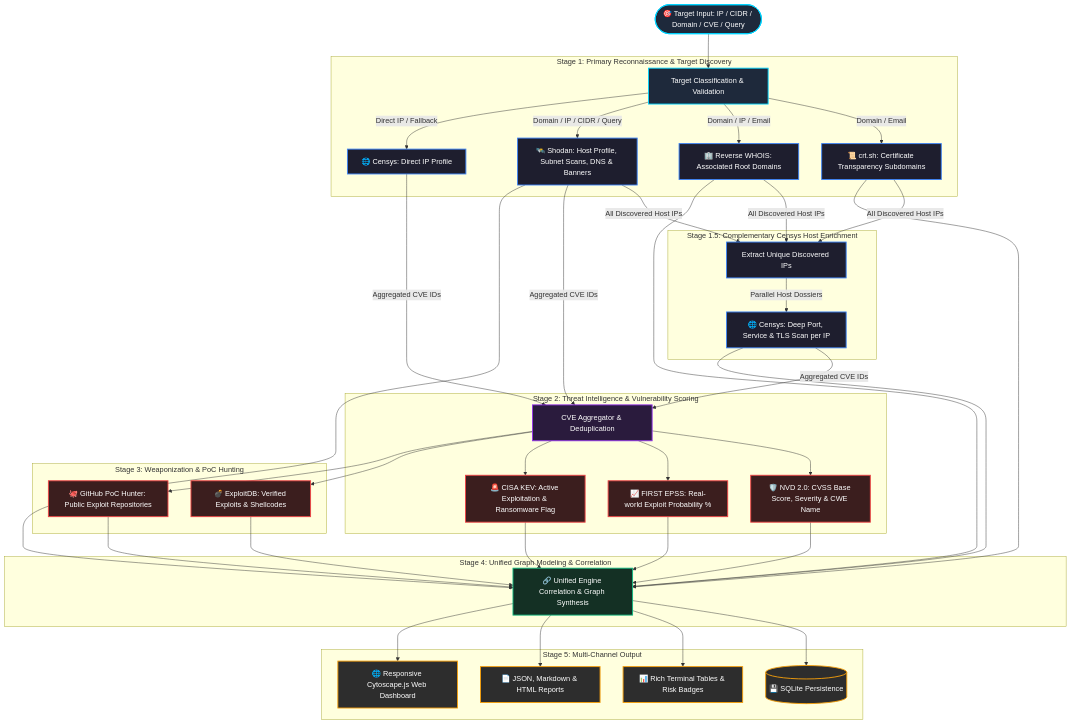
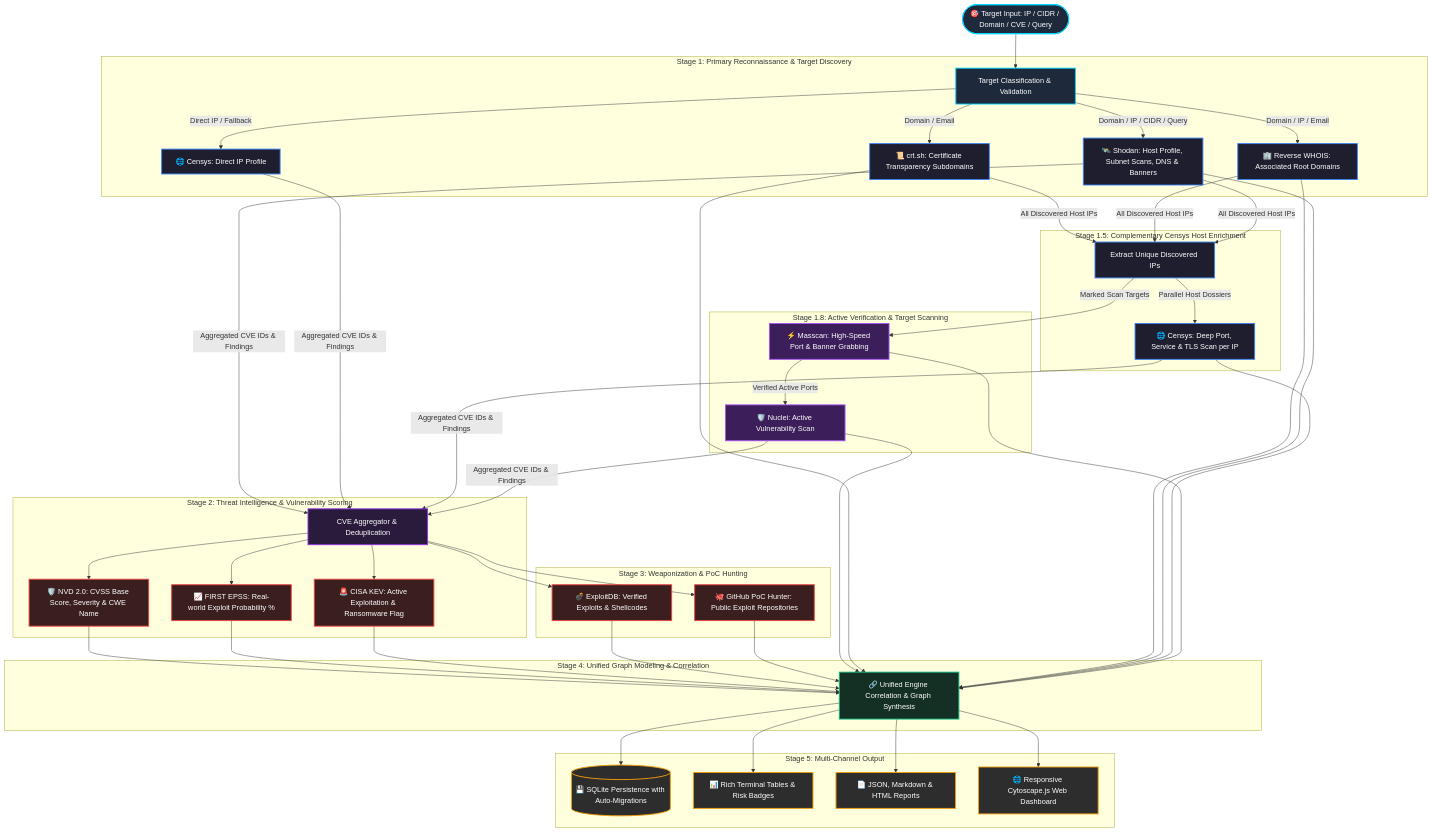
The diagram in README.md (detectisec/DetecTI-CLI), drawn with Mermaid before and after one commit. The commit also changed other lines of this file and 11 other files, not shown here.

Commit message:
feat(easm): add nuclei vulnerability scanner, verified active port enforcement, masscan pre-scan, and source traceability

````diff
--- a/README.md
+++ b/README.md
@@ -38,47 +41,53 @@
 ```mermaid
 flowchart TD
     classDef input fill:#1e293b,stroke:#00d4ff,stroke-width:2px,color:#fff
     classDef recon fill:#1e1e2e,stroke:#3b82f6,stroke-width:2px,color:#fff
     classDef enrich fill:#2a1b3d,stroke:#9333ea,stroke-width:2px,color:#fff
+    classDef active fill:#3b1e5a,stroke:#a855f7,stroke-width:2px,color:#fff
     classDef intel fill:#3b1e1e,stroke:#ef4444,stroke-width:2px,color:#fff
     classDef correlate fill:#143024,stroke:#10b981,stroke-width:2px,color:#fff
     classDef output fill:#2d2d2d,stroke:#f59e0b,stroke-width:2px,color:#fff
 
     TARGET([🎯 Target Input: IP / CIDR / Domain / CVE / Query]):::input --> CLASSIFY[Target Classification & Validation]:::input
 
     subgraph Stage1 [Stage 1: Primary Reconnaissance & Target Discovery]
         CLASSIFY -->|Domain / Email| CRTSH[📜 crt.sh: Certificate Transparency Subdomains]:::recon
         CLASSIFY -->|Domain / IP / Email| WHOIS[🏢 Reverse WHOIS: Associated Root Domains]:::recon
         CLASSIFY -->|Domain / IP / CIDR / Query| SHODAN[🛰️ Shodan: Host Profile, Subnet Scans, DNS & Banners]:::recon
         CLASSIFY -->|Direct IP / Fallback| CENSYS_DIRECT[🌐 Censys: Direct IP Profile]:::recon
     end
 
     subgraph Stage1_5 [Stage 1.5: Complementary Censys Host Enrichment]
         CRTSH & WHOIS & SHODAN -->|All Discovered Host IPs| IP_EXTRACT[Extract Unique Discovered IPs]:::recon
         IP_EXTRACT -->|Parallel Host Dossiers| CENSYS_ENRICH[🌐 Censys: Deep Port, Service & TLS Scan per IP]:::recon
     end
 
+    subgraph Stage1_8 [Stage 1.8: Active Verification & Target Scanning]
+        IP_EXTRACT -->|Marked Scan Targets| MASSCAN[⚡ Masscan: High-Speed Port & Banner Grabbing]:::active
+        MASSCAN -->|Verified Active Ports| NUCLEI[🛡️ Nuclei: Active Vulnerability Scan]:::active
+    end
+
     subgraph Stage2 [Stage 2: Threat Intelligence & Vulnerability Scoring]
-        SHODAN & CENSYS_DIRECT & CENSYS_ENRICH -->|Aggregated CVE IDs| CVE_AGG[CVE Aggregator & Deduplication]:::enrich
+        SHODAN & CENSYS_DIRECT & CENSYS_ENRICH & NUCLEI -->|Aggregated CVE IDs & Findings| CVE_AGG[CVE Aggregator & Deduplication]:::enrich
         CVE_AGG --> NVD[🛡️ NVD 2.0: CVSS Base Score, Severity & CWE Name]:::intel
         CVE_AGG --> EPSS[📈 FIRST EPSS: Real-world Exploit Probability %]:::intel
         CVE_AGG --> CISA[🚨 CISA KEV: Active Exploitation & Ransomware Flag]:::intel
     end
 
     subgraph Stage3 [Stage 3: Weaponization & PoC Hunting]
         CVE_AGG --> XDB[💣 ExploitDB: Verified Exploits & Shellcodes]:::intel
         CVE_AGG --> GITHUB[🐙 GitHub PoC Hunter: Public Exploit Repositories]:::intel
     end
 
     subgraph Stage4 [Stage 4: Unified Graph Modeling & Correlation]
-        NVD & EPSS & CISA & XDB & GITHUB --> CORRELATION[🔗 Unified Engine Correlation & Graph Synthesis]:::correlate
-        CRTSH & WHOIS & SHODAN & CENSYS_ENRICH --> CORRELATION
+        NVD & EPSS & CISA & XDB & GITHUB & NUCLEI --> CORRELATION[🔗 Unified Engine Correlation & Graph Synthesis]:::correlate
+        CRTSH & WHOIS & SHODAN & CENSYS_ENRICH & MASSCAN --> CORRELATION
     end
 
     subgraph Stage5 [Stage 5: Multi-Channel Output]
-        CORRELATION --> DB[(💾 SQLite Persistence)]:::output
+        CORRELATION --> DB[(💾 SQLite Persistence with Auto-Migrations)]:::output
         CORRELATION --> CLI[📊 Rich Terminal Tables & Risk Badges]:::output
         CORRELATION --> REPORT[📄 JSON, Markdown & HTML Reports]:::output
         CORRELATION --> WEB[🌐 Responsive Cytoscape.js Web Dashboard]:::output
     end
 ```
````
